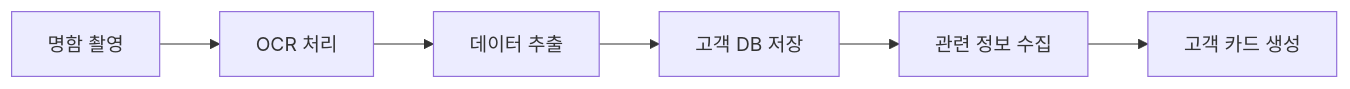
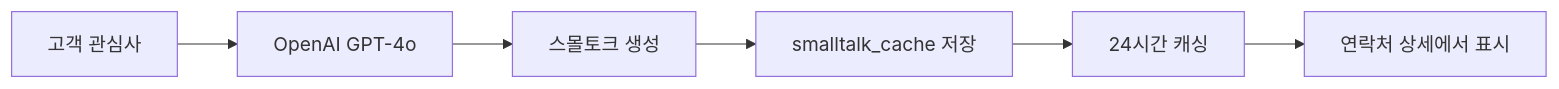
Before and after one commit to teddy706/study1024: the third of 5 diagrams in docs/STORY_DESIGN.md, drawn with Mermaid. The commit also changed other lines of this file and 6 other files, not shown here.

````diff
--- a/docs/STORY_DESIGN.md
+++ b/docs/STORY_DESIGN.md
@@ -92,8 +190,8 @@
 ```mermaid
 graph LR
-    A[명함 촬영] --> B[OCR 처리]
-    B --> C[데이터 추출]
-    C --> D[고객 DB 저장]
-    D --> E[관련 정보 수집]
-    E --> F[고객 카드 생성]
+    A[고객 관심사] --> B[OpenAI GPT-4o]
+    B --> C[스몰토크 생성]
+    C --> D[smalltalk_cache 저장]
+    D --> E[24시간 캐싱]
+    E --> F[연락처 상세에서 표시]
 ```
````
